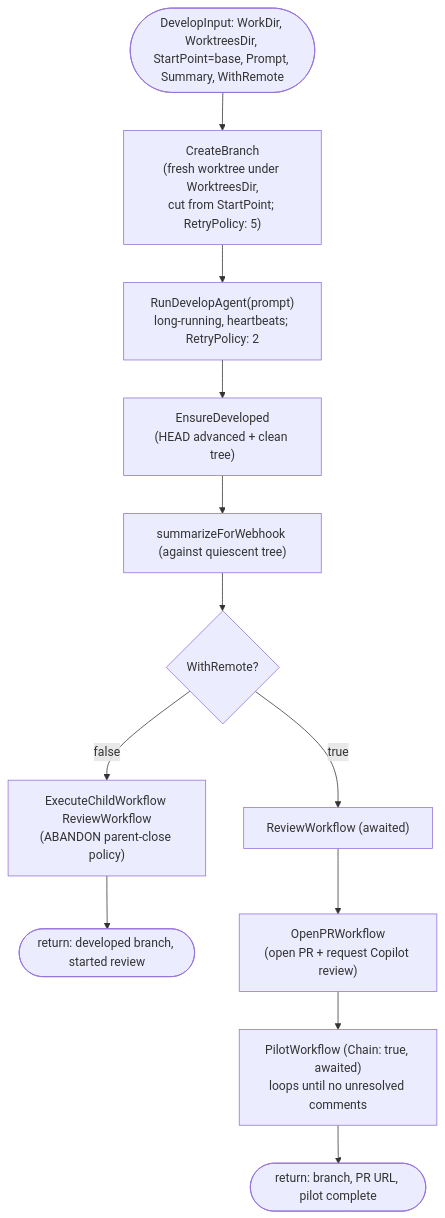
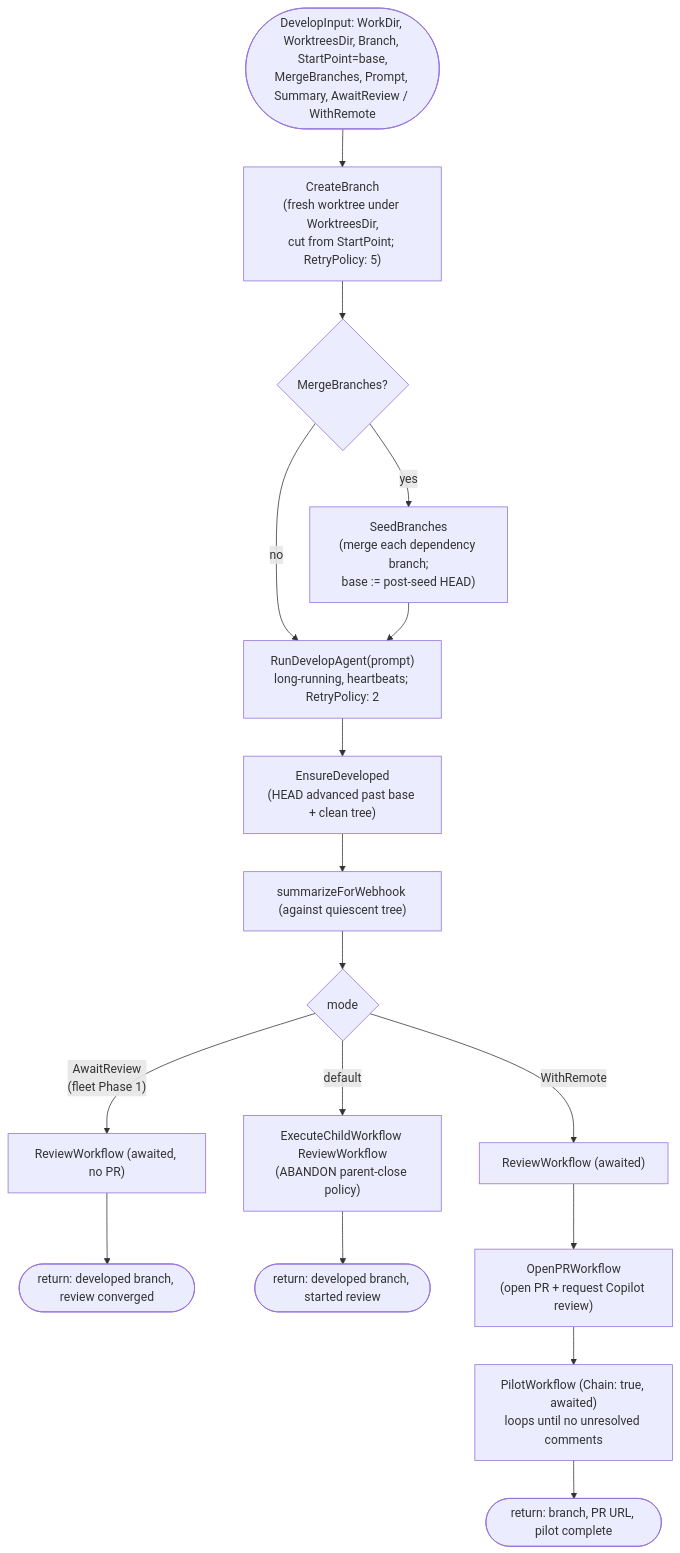
The third of 3 diagrams in internal/fleet/README.md (jcmonteiro/temporal-agents), drawn with Mermaid before and after one commit. The commit also changed other lines of this file, not shown here.

Commit message:
docs(fleet): update diagrams for dependency seeding and Phase 1 review

````diff
--- a/internal/fleet/README.md
+++ b/internal/fleet/README.md
@@ -135,16 +143,22 @@
 ```mermaid
 flowchart TD
-    start([DevelopInput: WorkDir, WorktreesDir, StartPoint=base, Prompt, Summary, WithRemote]) --> branch["CreateBranch<br/>(fresh worktree under WorktreesDir,<br/>cut from StartPoint; RetryPolicy: 5)"]
-    branch --> devAgent["RunDevelopAgent(prompt)<br/>long-running, heartbeats; RetryPolicy: 2"]
-    devAgent --> ensure["EnsureDeveloped<br/>(HEAD advanced + clean tree)"]
+    start([DevelopInput: WorkDir, WorktreesDir, Branch, StartPoint=base,<br/>MergeBranches, Prompt, Summary, AwaitReview / WithRemote]) --> branch["CreateBranch<br/>(fresh worktree under WorktreesDir,<br/>cut from StartPoint; RetryPolicy: 5)"]
+    branch --> seed{"MergeBranches?"}
+    seed -->|yes| seedAct["SeedBranches<br/>(merge each dependency branch;<br/>base := post-seed HEAD)"]
+    seed -->|no| devAgent
+    seedAct --> devAgent["RunDevelopAgent(prompt)<br/>long-running, heartbeats; RetryPolicy: 2"]
+    devAgent --> ensure["EnsureDeveloped<br/>(HEAD advanced past base + clean tree)"]
     ensure --> devSummary["summarizeForWebhook (against quiescent tree)"]
-    devSummary --> mode{"WithRemote?"}
+    devSummary --> mode{"mode"}
 
-    mode -->|false| reviewAbandon["ExecuteChildWorkflow ReviewWorkflow<br/>(ABANDON parent-close policy)"]
+    mode -->|"AwaitReview<br/>(fleet Phase 1)"| reviewAwait["ReviewWorkflow (awaited, no PR)"]
+    reviewAwait --> retPhase1([return: developed branch, review converged])
+
+    mode -->|default| reviewAbandon["ExecuteChildWorkflow ReviewWorkflow<br/>(ABANDON parent-close policy)"]
     reviewAbandon --> retLocal([return: developed branch, started review])
 
-    mode -->|true| review["ReviewWorkflow (awaited)"]
+    mode -->|WithRemote| review["ReviewWorkflow (awaited)"]
     review --> openpr["OpenPRWorkflow<br/>(open PR + request Copilot review)"]
     openpr --> pilot["PilotWorkflow (Chain: true, awaited)<br/>loops until no unresolved comments"]
     pilot --> retRemote([return: branch, PR URL, pilot complete])
 ```
````
